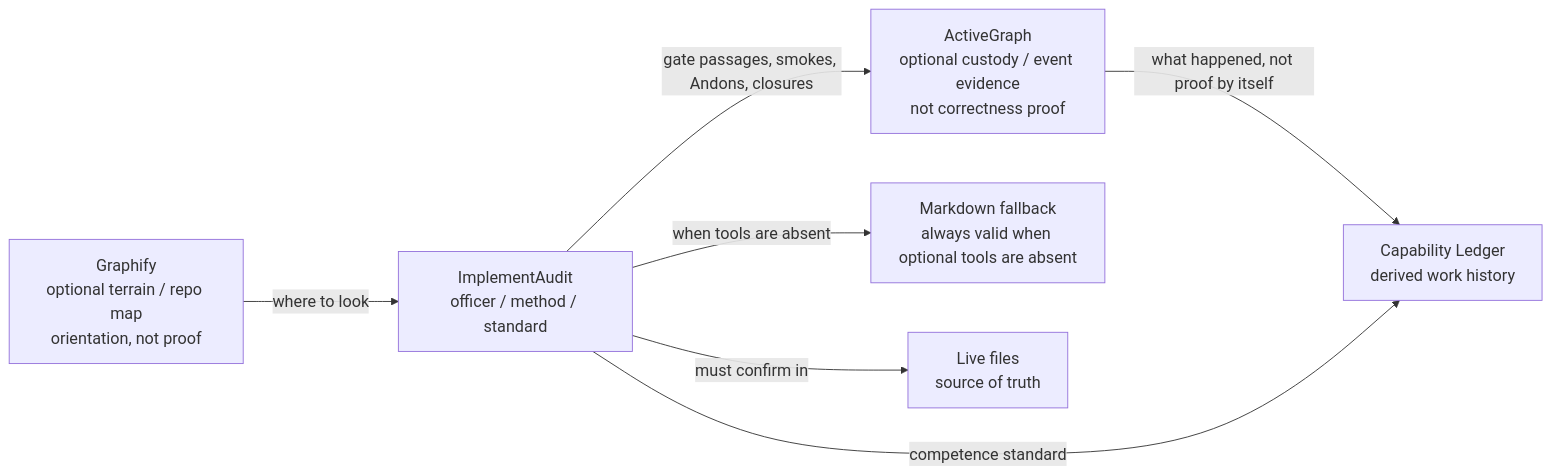
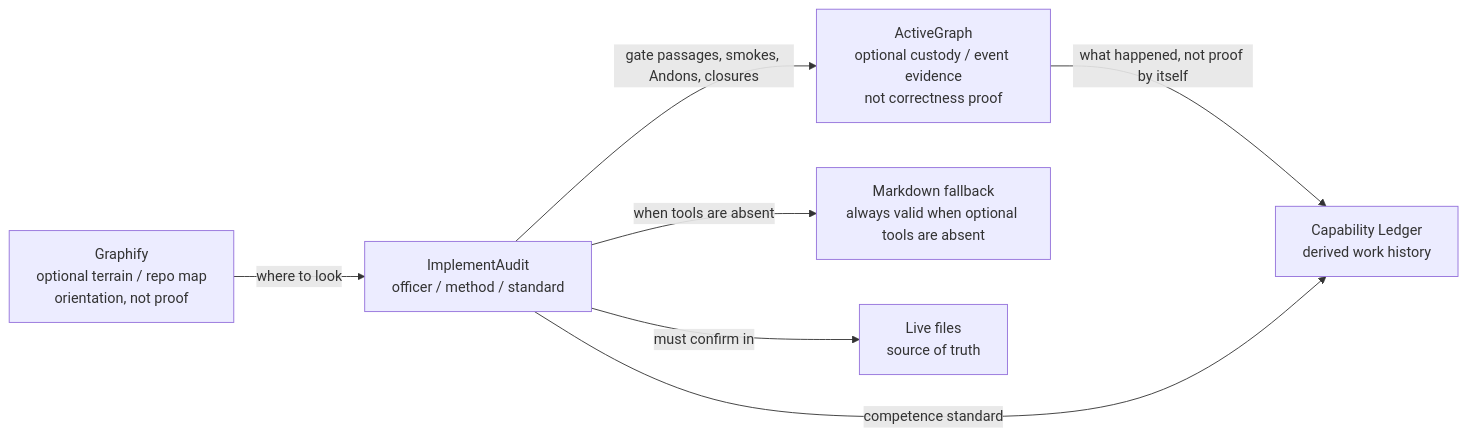
The first of 3 diagrams in README.md (theislampill/IMPLEMENTAUDIT.md), drawn with Mermaid before and after one commit. The commit also changed other lines of this file and 7 other files, not shown here.

````diff
--- a/README.md
+++ b/README.md
@@ -68,17 +69,16 @@
 ```mermaid
-%%{init: {"flowchart": {"htmlLabels": true, "nodeSpacing": 55, "rankSpacing": 65}, "themeVariables": {"fontSize": "18px", "fontFamily": "Arial"}, "themeCSS": ".nodeLabel, .edgeLabel, .label { font-size: 18px !important; }"}}%%
 flowchart LR
   I["ImplementAudit<br/>officer / method / standard"]
   G["Graphify<br/>optional terrain / repo map<br/>orientation, not proof"]
   A["ActiveGraph<br/>optional custody / event evidence<br/>not correctness proof"]
   C["Capability Ledger<br/>derived work history"]
   M["Markdown fallback<br/>always valid when optional tools are absent"]
   L["Live files<br/>source of truth"]
 
   G -->|where to look| I
   I -->|must confirm in| L
   I -->|gate passages, smokes, Andons, closures| A
   A -->|what happened, not proof by itself| C
   I -->|competence standard| C
   I -->|when tools are absent| M
 ```
````
